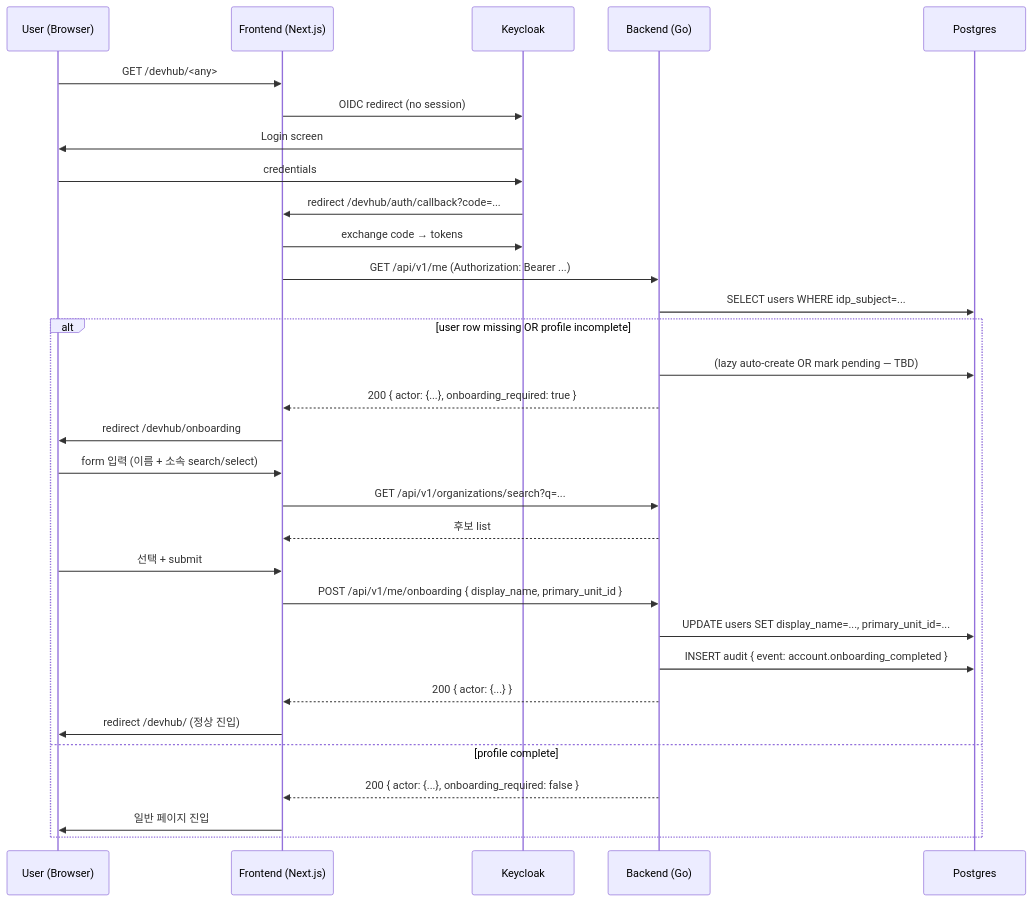
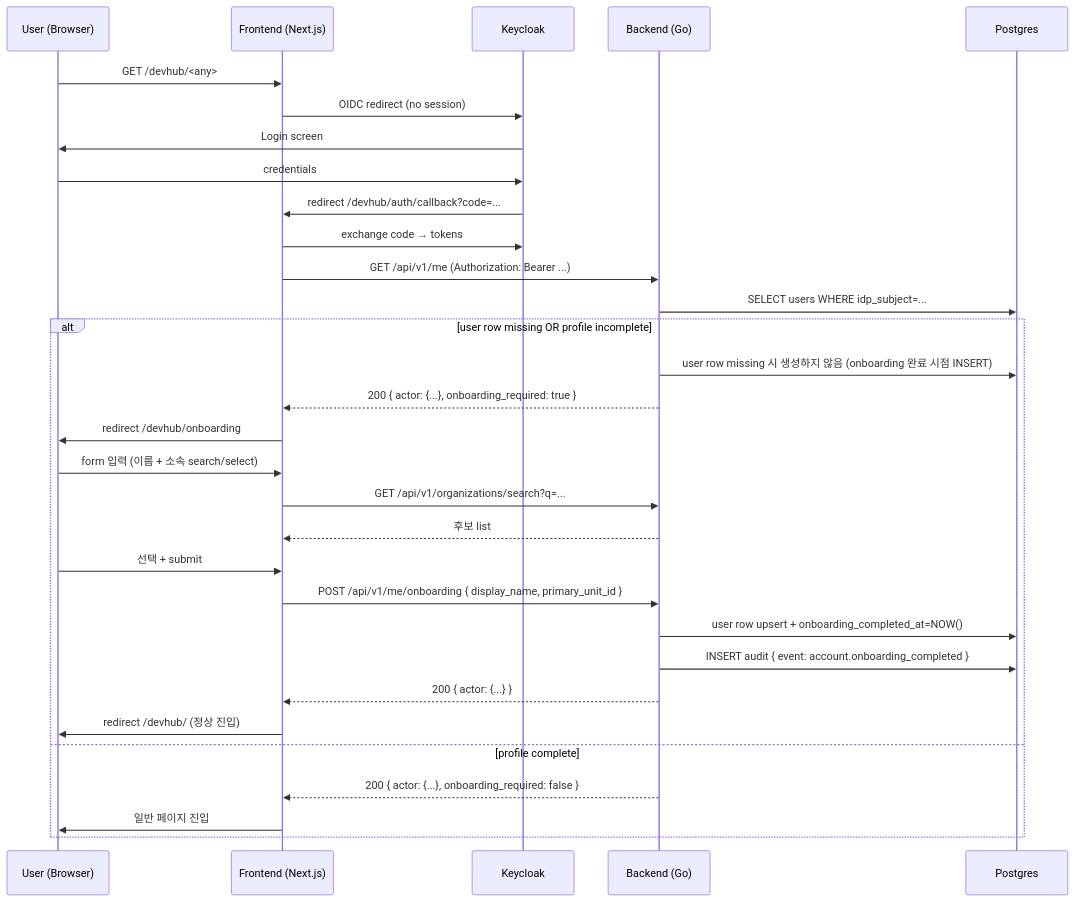
The diagram in docs/planning/keycloak_user_onboarding_concept.md (ykylee/Devhub_example), drawn with Mermaid before and after one commit. The commit also changed other lines of this file and 4 other files, not shown here.

````diff
--- a/docs/planning/keycloak_user_onboarding_concept.md
+++ b/docs/planning/keycloak_user_onboarding_concept.md
@@ -66,34 +69,34 @@
 ```mermaid
 sequenceDiagram
   participant U as User (Browser)
   participant FE as Frontend (Next.js)
   participant KC as Keycloak
   participant BE as Backend (Go)
   participant DB as Postgres
 
   U->>FE: GET /devhub/<any>
   FE->>KC: OIDC redirect (no session)
   KC->>U: Login screen
   U->>KC: credentials
   KC->>FE: redirect /devhub/auth/callback?code=...
   FE->>KC: exchange code → tokens
   FE->>BE: GET /api/v1/me  (Authorization: Bearer ...)
   BE->>DB: SELECT users WHERE idp_subject=...
   alt user row missing OR profile incomplete
-    BE->>DB: (lazy auto-create OR mark pending — TBD)
+    BE->>DB: user row missing 시 생성하지 않음 (onboarding 완료 시점 INSERT)
     BE-->>FE: 200 { actor: {...}, onboarding_required: true }
     FE->>U: redirect /devhub/onboarding
     U->>FE: form 입력 (이름 + 소속 search/select)
     FE->>BE: GET /api/v1/organizations/search?q=...
     BE-->>FE: 후보 list
     U->>FE: 선택 + submit
     FE->>BE: POST /api/v1/me/onboarding { display_name, primary_unit_id }
-    BE->>DB: UPDATE users SET display_name=..., primary_unit_id=...
+    BE->>DB: user row upsert + onboarding_completed_at=NOW()
     BE->>DB: INSERT audit { event: account.onboarding_completed }
     BE-->>FE: 200 { actor: {...} }
     FE->>U: redirect /devhub/  (정상 진입)
   else profile complete
     BE-->>FE: 200 { actor: {...}, onboarding_required: false }
     FE->>U: 일반 페이지 진입
   end
 ```
````
